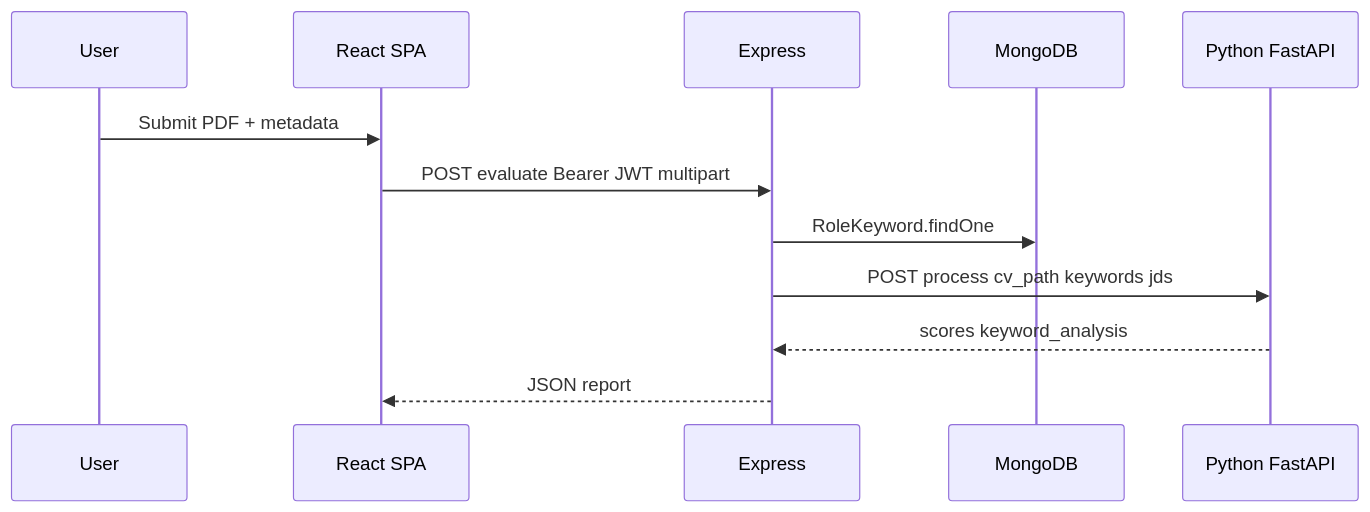
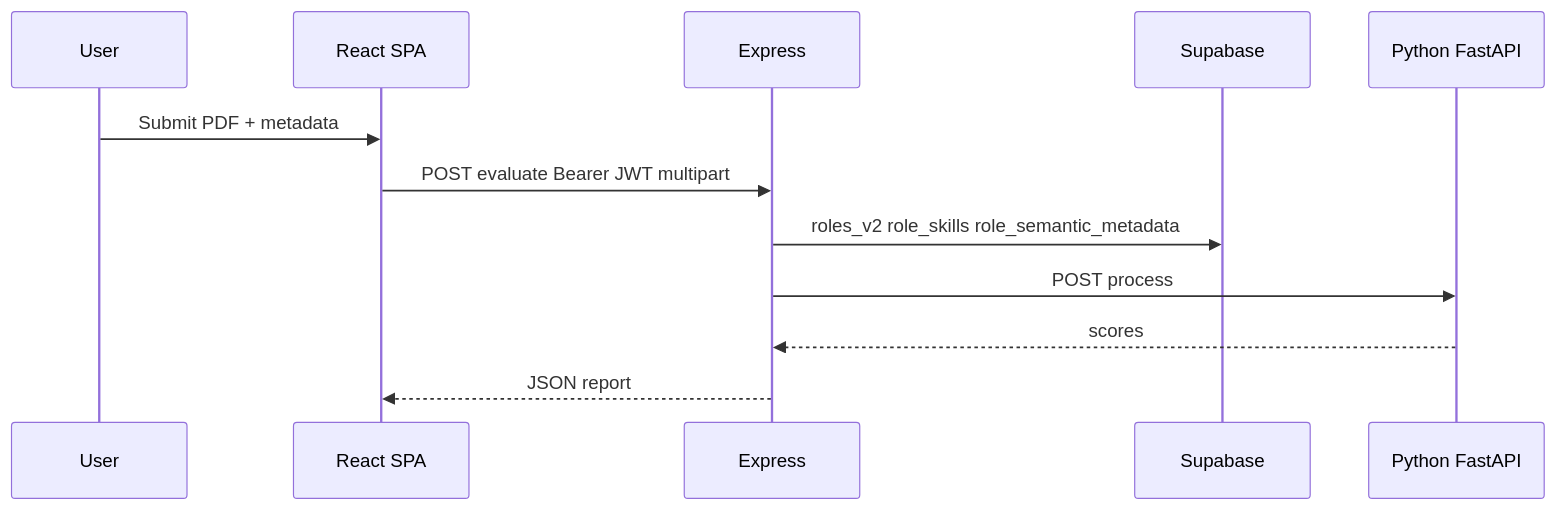
The fourth of 4 diagrams in context.md (hrawat640-collab/Skillmapping), drawn with Mermaid before and after one commit. The commit also changed other lines of this file, not shown here.

````diff
--- a/context.md
+++ b/context.md
@@ -164,15 +187,15 @@
 ```mermaid
 sequenceDiagram
   participant U as User
   participant F as React SPA
   participant E as Express
-  participant M as MongoDB
+  participant S as Supabase
   participant P as Python FastAPI
 
   U->>F: Submit PDF + metadata
   F->>E: POST evaluate Bearer JWT multipart
-  E->>M: RoleKeyword.findOne
-  E->>P: POST process cv_path keywords jds
-  P-->>E: scores keyword_analysis
+  E->>S: roles_v2 role_skills role_semantic_metadata
+  E->>P: POST process
+  P-->>E: scores
   E-->>F: JSON report
 ```
````
